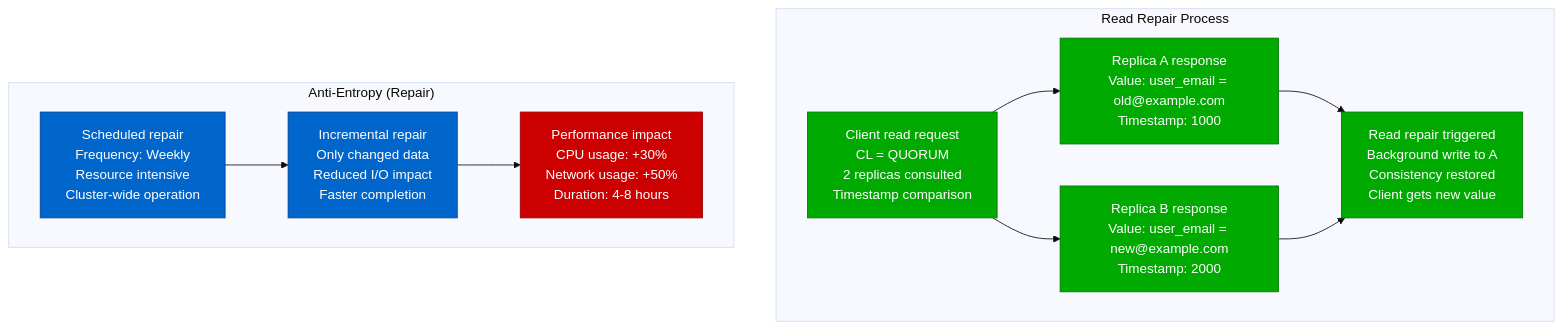
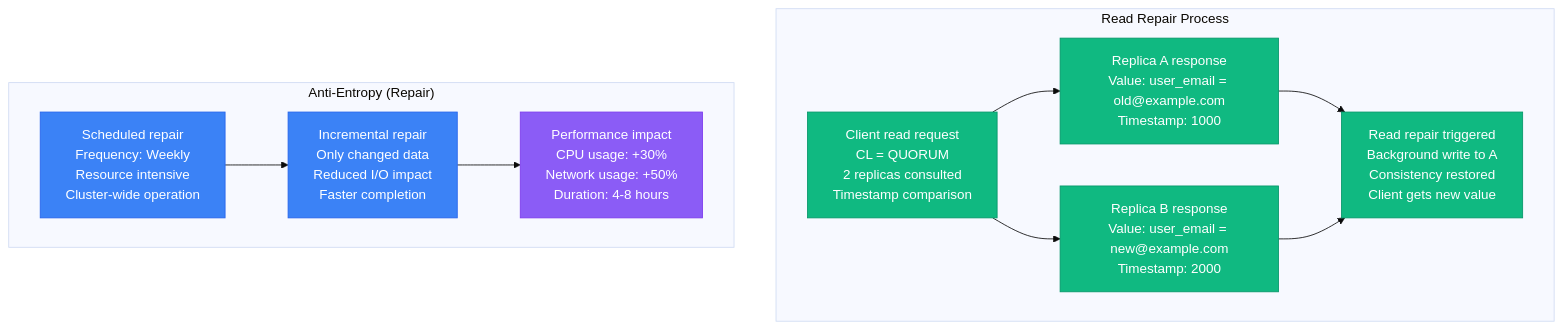
Before and after one commit to deepaucksharma/DS: the sixth of 14 diagrams in site/docs/performance/cassandra-performance-profile.md, drawn with Mermaid (base theme). The commit also changed other lines of this file and 303 other files, not shown here.

````diff
--- a/site/docs/performance/cassandra-performance-profile.md
+++ b/site/docs/performance/cassandra-performance-profile.md
@@ -175,35 +175,35 @@
 ```mermaid
 graph TB
     subgraph "Read Repair Process"
         RR1[Client read request<br/>CL = QUORUM<br/>2 replicas consulted<br/>Timestamp comparison]
 
         RR2[Replica A response<br/>Value: user_email = old@example.com<br/>Timestamp: 1000]
 
         RR3[Replica B response<br/>Value: user_email = new@example.com<br/>Timestamp: 2000]
 
         RR4[Read repair triggered<br/>Background write to A<br/>Consistency restored<br/>Client gets new value]
 
         RR1 --> RR2
         RR1 --> RR3
         RR2 --> RR4
         RR3 --> RR4
     end
 
     subgraph "Anti-Entropy (Repair)"
         AE1[Scheduled repair<br/>Frequency: Weekly<br/>Resource intensive<br/>Cluster-wide operation]
 
         AE2[Incremental repair<br/>Only changed data<br/>Reduced I/O impact<br/>Faster completion]
 
         AE3[Performance impact<br/>CPU usage: +30%<br/>Network usage: +50%<br/>Duration: 4-8 hours]
 
         AE1 --> AE2 --> AE3
     end
 
-    classDef readRepairStyle fill:#00AA00,stroke:#007700,color:#fff
-    classDef antiEntropyStyle fill:#0066CC,stroke:#004499,color:#fff
-    classDef perfImpactStyle fill:#CC0000,stroke:#990000,color:#fff
+    classDef readRepairStyle fill:#10B981,stroke:#059669,color:#fff
+    classDef antiEntropyStyle fill:#3B82F6,stroke:#2563EB,color:#fff
+    classDef perfImpactStyle fill:#8B5CF6,stroke:#7C3AED,color:#fff
 
     class RR1,RR2,RR3,RR4 readRepairStyle
     class AE1,AE2 antiEntropyStyle
     class AE3 perfImpactStyle
 ```
````
